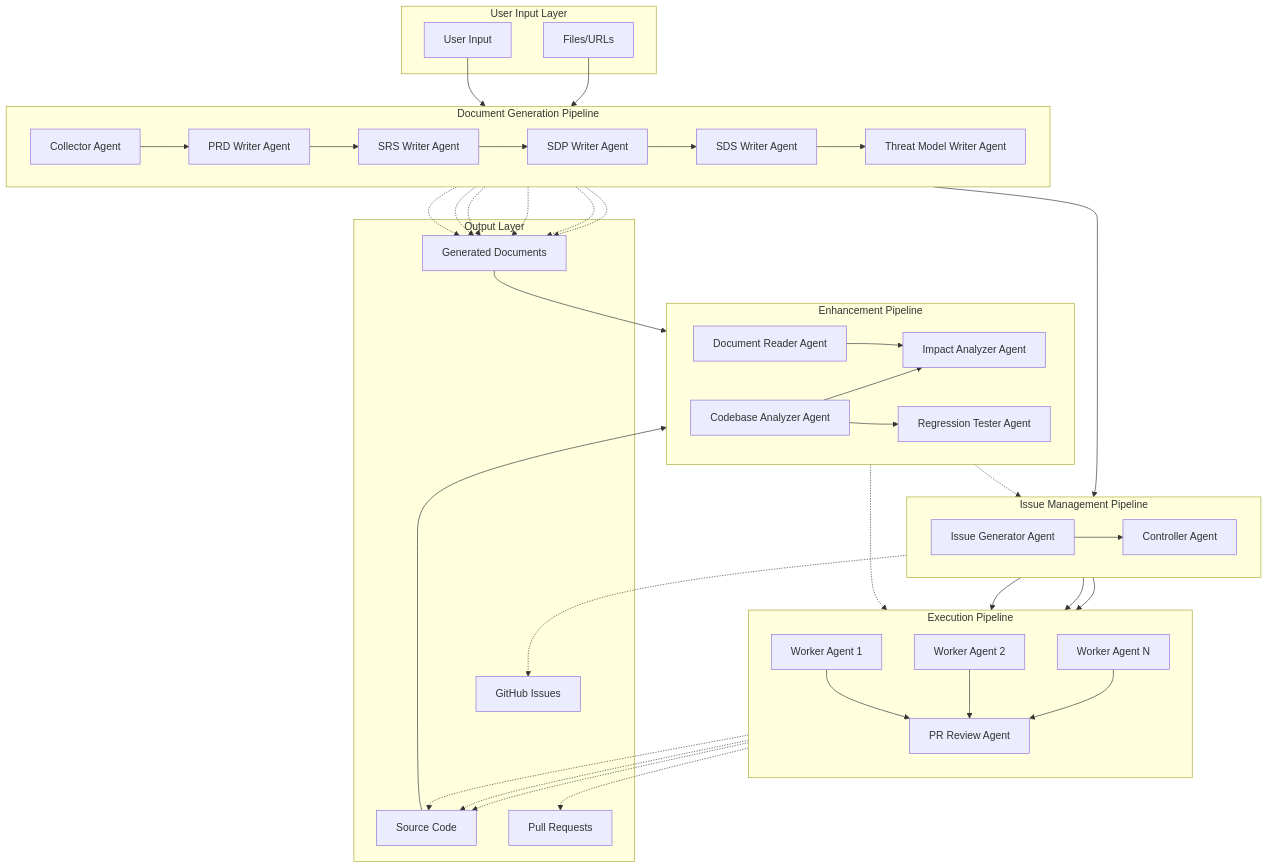
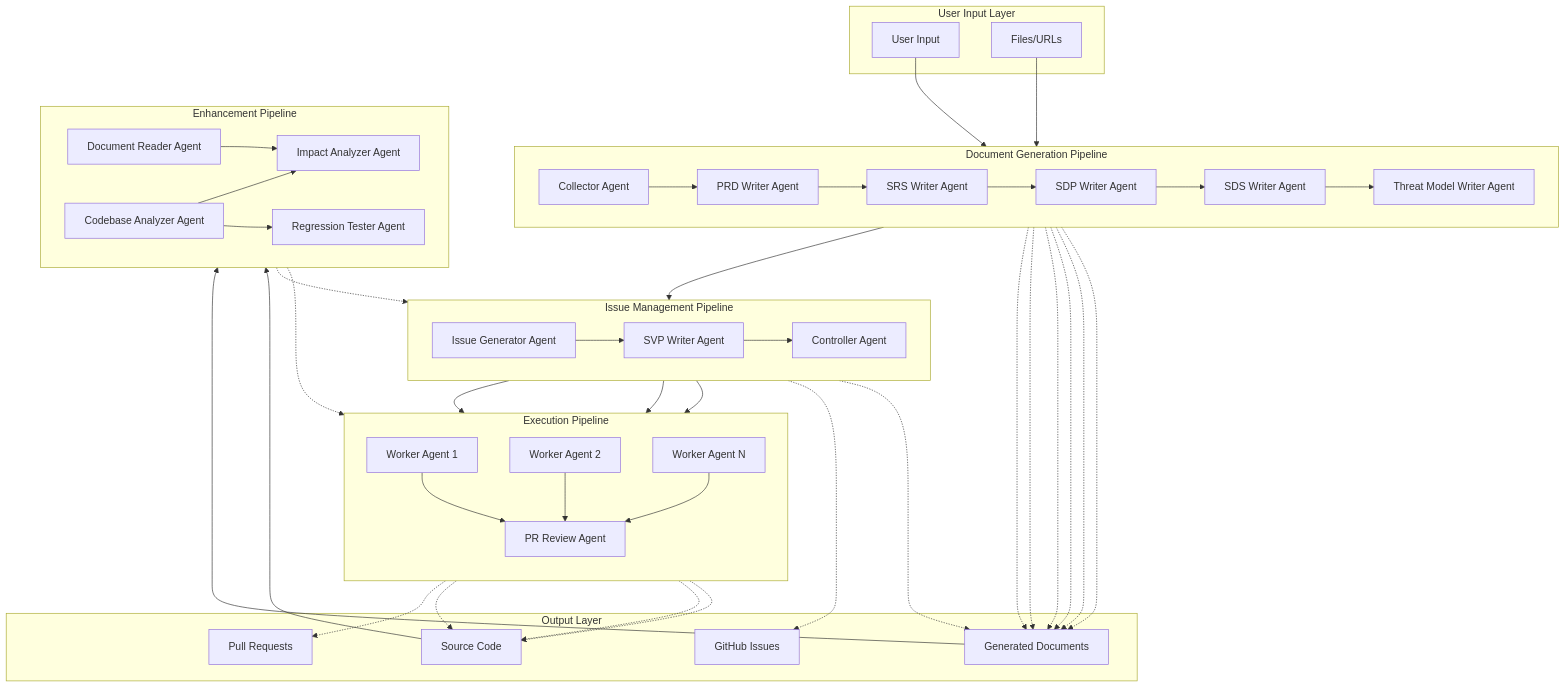
The first of 7 diagrams in docs/system-architecture.kr.md (kcenon/claude_code_agent), drawn with Mermaid before and after one commit. The commit also changed other lines of this file and 18 other files, not shown here.

```diff
--- a/docs/system-architecture.kr.md
+++ b/docs/system-architecture.kr.md
@@ -22,6 +22,7 @@
     subgraph IssuePipeline["Issue Management Pipeline"]
         direction LR
         ISSUE[Issue Generator Agent]
+        SVP[SVP Writer Agent]
         CTRL[Controller Agent]
     end
 
@@ -58,7 +59,8 @@
     SDS --> TM
 
     TM --> ISSUE
-    ISSUE --> CTRL
+    ISSUE --> SVP
+    SVP --> CTRL
 
     CTRL --> WORKER1
     CTRL --> WORKER2
@@ -74,6 +76,7 @@
     SDP -.-> DOCS
     SDS -.-> DOCS
     TM -.-> DOCS
+    SVP -.-> DOCS
     ISSUE -.-> ISSUES
     WORKER1 -.-> CODE
     WORKER2 -.-> CODE
```
